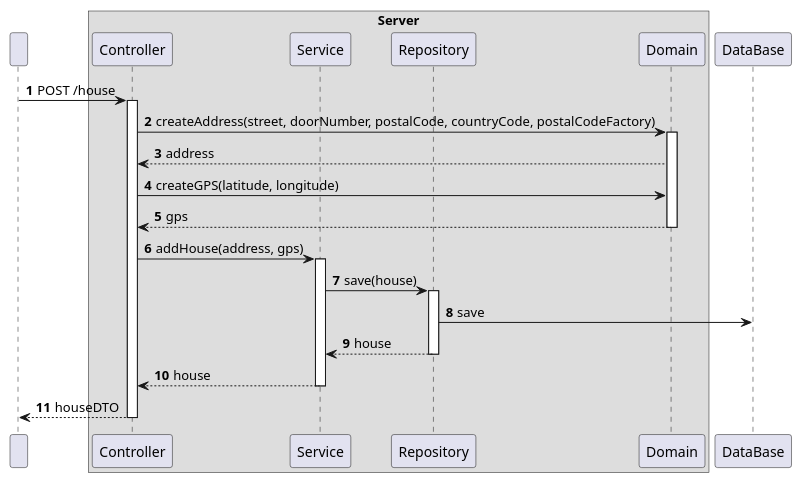
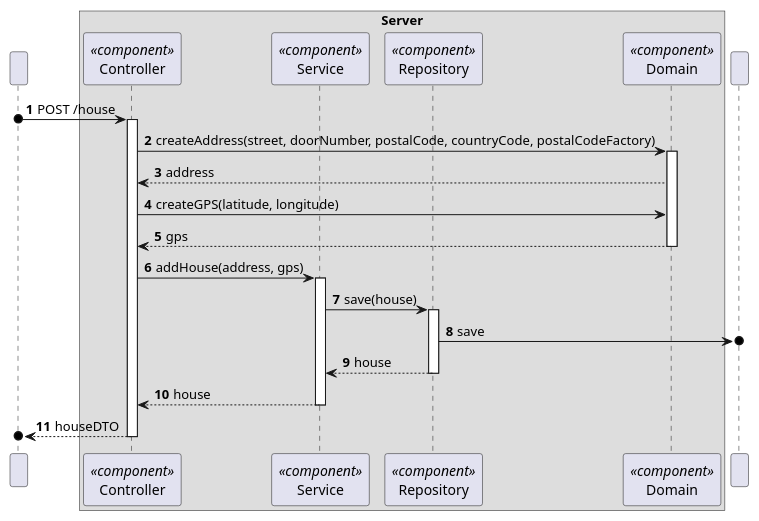
Before and after one commit to moutajDev/smarthome: the diagram in docs/C4_4plus1_models/Level4/ProcessView/ProcessViewLevel4_UC01.puml, drawn with PlantUML. The commit also changed 46 other files, not shown here.

```diff
--- a/docs/C4_4plus1_models/Level4/ProcessView/ProcessViewLevel4_UC01.puml
+++ b/docs/C4_4plus1_models/Level4/ProcessView/ProcessViewLevel4_UC01.puml
@@ -1,52 +1,51 @@
 @startuml
 'https://plantuml.com/sequence-diagram
 !pragma layout smetana
 
 autonumber
 
-
 participant " " as HTTP
 
 box "Server"
-    participant "Controller" as CTRL
-    participant "Service" as SV
-    participant "Repository" as REPO
-    participant "Domain" as DOM
+    participant "Controller" as CTRL<<component>>
+    participant "Service" as SV<<component>>
+    participant "Repository" as REPO<<component>>
+    participant "Domain" as DOM<<component>>
 
 end box
-participant "DataBase" as BD
+participant " " as BD
 
 
-HTTP -> CTRL : POST /house
+HTTP o-> CTRL : POST /house
 activate CTRL
 
 
 CTRL -> DOM : createAddress(street, doorNumber, postalCode, countryCode, postalCodeFactory)
 activate DOM
 DOM --> CTRL : address
 
 CTRL -> DOM : createGPS(latitude, longitude)
 DOM --> CTRL : gps
 deactivate DOM
 
 CTRL -> SV : addHouse(address, gps)
 activate SV
 
 SV -> REPO : save(house)
 activate REPO
-REPO -> BD : save
+REPO ->o BD : save
 REPO --> SV : house
 deactivate REPO
 
 SV --> CTRL : house
 deactivate SV
 
 
-CTRL --> HTTP : houseDTO
+CTRL -->o HTTP : houseDTO
 deactivate CTRL
 
 
 deactivate HTTP
 
 
 @enduml
```
